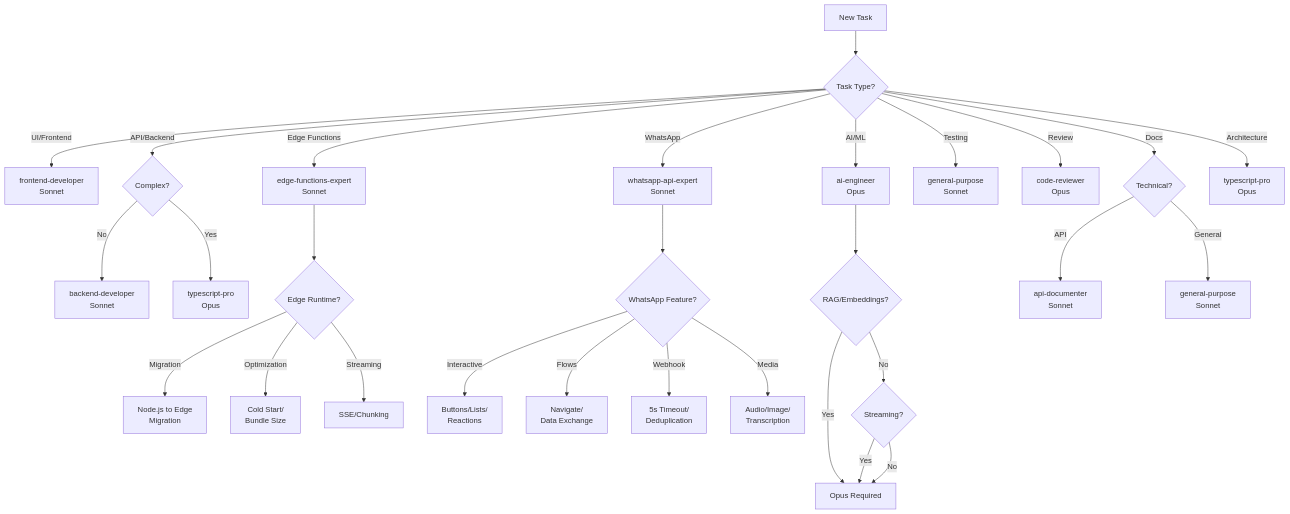
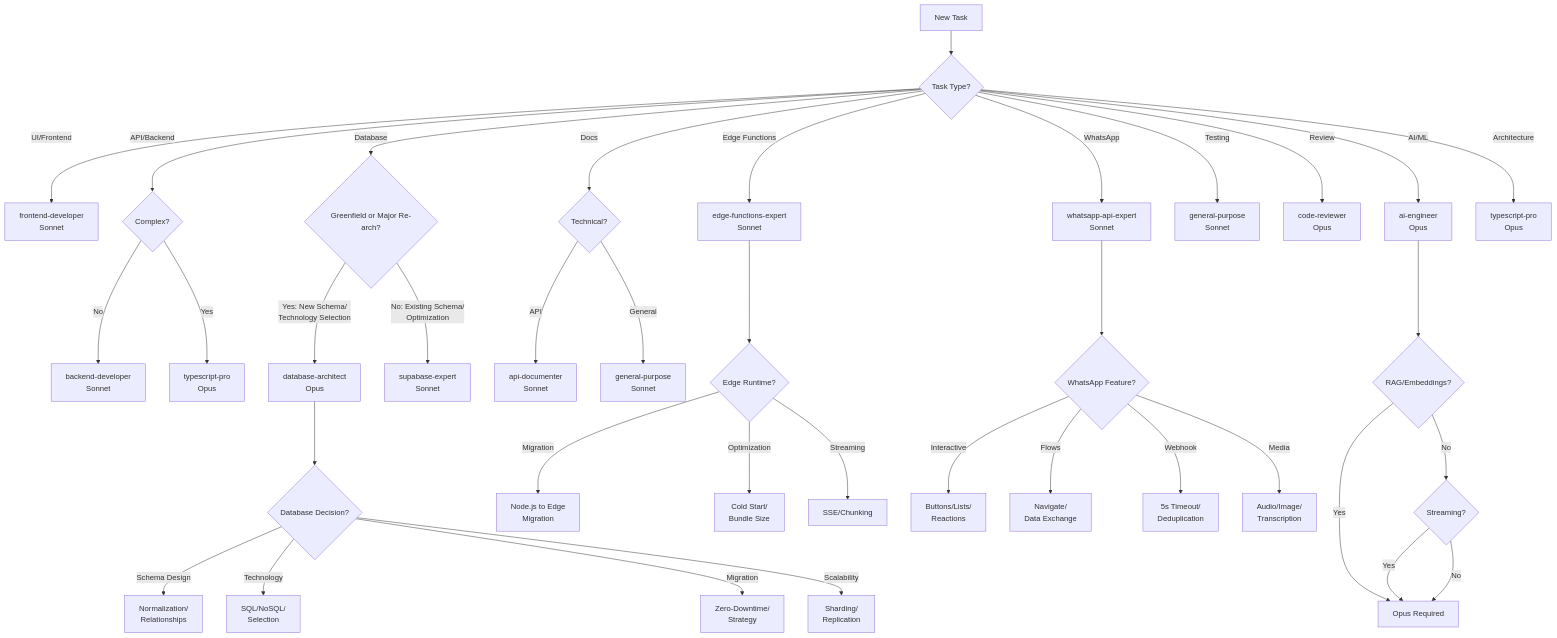
One commit to neeroai/migue.ai changed the diagram in .claude/agents/delegation-matrix.md. Above: the diagram before and after it, drawn with Mermaid. The commit also changed other lines of this file and 56 other files, not shown here.

````diff
--- a/.claude/agents/delegation-matrix.md
+++ b/.claude/agents/delegation-matrix.md
@@ -316,37 +373,47 @@
 ```mermaid
 graph TD
     A[New Task] --> B{Task Type?}
 
     B -->|UI/Frontend| C[frontend-developer<br/>Sonnet]
     B -->|API/Backend| D{Complex?}
+    B -->|Database| DB{Greenfield or Major Re-arch?}
     B -->|Edge Functions| E1[edge-functions-expert<br/>Sonnet]
     B -->|WhatsApp| W1[whatsapp-api-expert<br/>Sonnet]
     B -->|AI/ML| E[ai-engineer<br/>Opus]
     B -->|Testing| F[general-purpose<br/>Sonnet]
     B -->|Review| G[code-reviewer<br/>Opus]
     B -->|Docs| H{Technical?}
     B -->|Architecture| I[typescript-pro<br/>Opus]
 
     D -->|No| J[backend-developer<br/>Sonnet]
     D -->|Yes| K[typescript-pro<br/>Opus]
+
+    DB -->|Yes: New Schema/<br/>Technology Selection| DBA[database-architect<br/>Opus]
+    DB -->|No: Existing Schema/<br/>Optimization| SBE[supabase-expert<br/>Sonnet]
 
     H -->|API| L[api-documenter<br/>Sonnet]
     H -->|General| M[general-purpose<br/>Sonnet]
 
     E --> N{RAG/Embeddings?}
     N -->|Yes| O[Opus Required]
     N -->|No| P{Streaming?}
     P -->|Yes| O
     P -->|No| O
 
     E1 --> Q{Edge Runtime?}
     Q -->|Migration| R[Node.js to Edge<br/>Migration]
     Q -->|Optimization| S[Cold Start/<br/>Bundle Size]
     Q -->|Streaming| T[SSE/Chunking]
 
     W1 --> U{WhatsApp Feature?}
     U -->|Interactive| V[Buttons/Lists/<br/>Reactions]
     U -->|Flows| X[Navigate/<br/>Data Exchange]
     U -->|Webhook| Y[5s Timeout/<br/>Deduplication]
     U -->|Media| Z[Audio/Image/<br/>Transcription]
+
+    DBA --> DBA1{Database Decision?}
+    DBA1 -->|Schema Design| DBA2[Normalization/<br/>Relationships]
+    DBA1 -->|Technology| DBA3[SQL/NoSQL/<br/>Selection]
+    DBA1 -->|Migration| DBA4[Zero-Downtime/<br/>Strategy]
+    DBA1 -->|Scalability| DBA5[Sharding/<br/>Replication]
 ```
````
